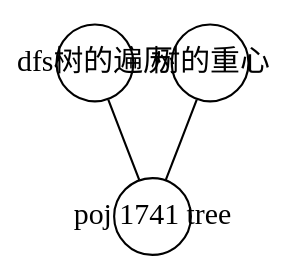
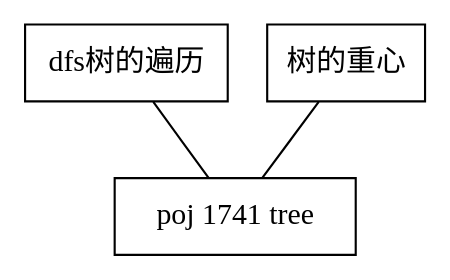
The diagram in 算法篇/分治/点分治/dot/know-net.dot (Rainboylvx/bookData), drawn with Graphviz before and after one commit. The commit also changed 1 other file, not shown here.

```diff
--- a/算法篇/分治/点分治/dot/know-net.dot
+++ b/算法篇/分治/点分治/dot/know-net.dot
@@ -1,4 +1,4 @@
 graph net {
-    node[shape=circle fixedsize=true style=filled fillcolor=white colorscheme=accent8 ];
+    node[shape=rect style=filled fillcolor=white colorscheme=accent8 ];
     {"dfs树的遍历","树的重心"}-- "poj 1741 tree";
 }
```
